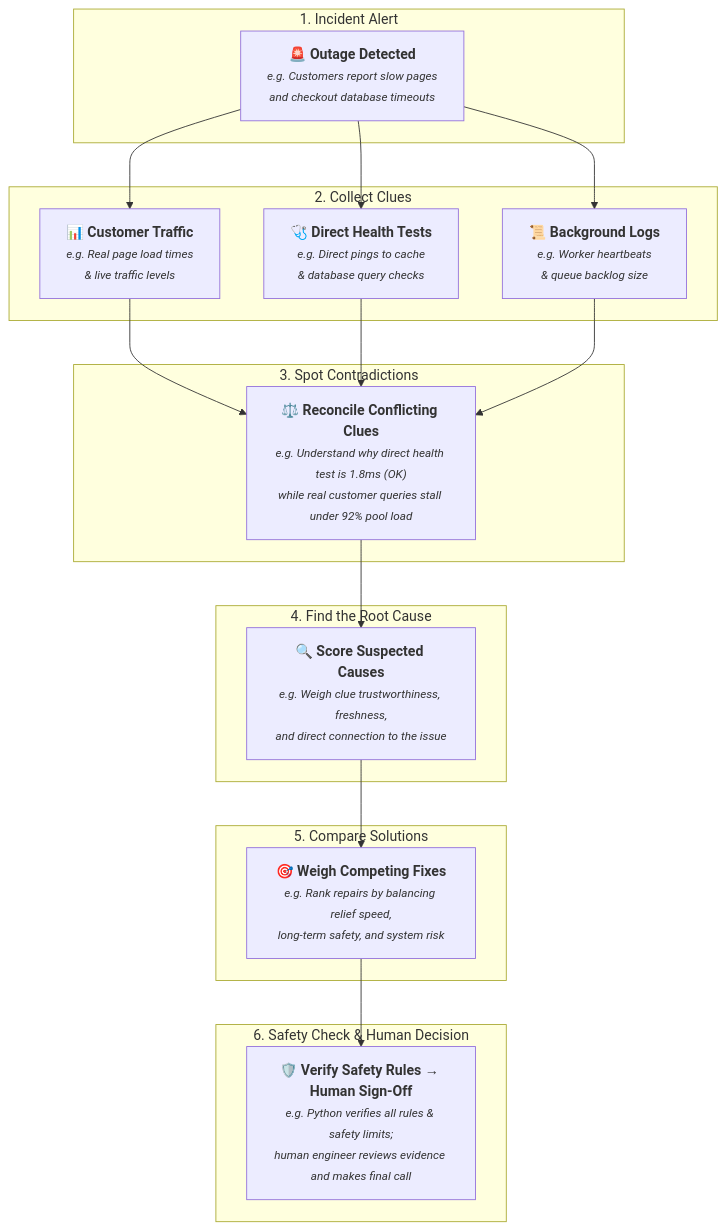
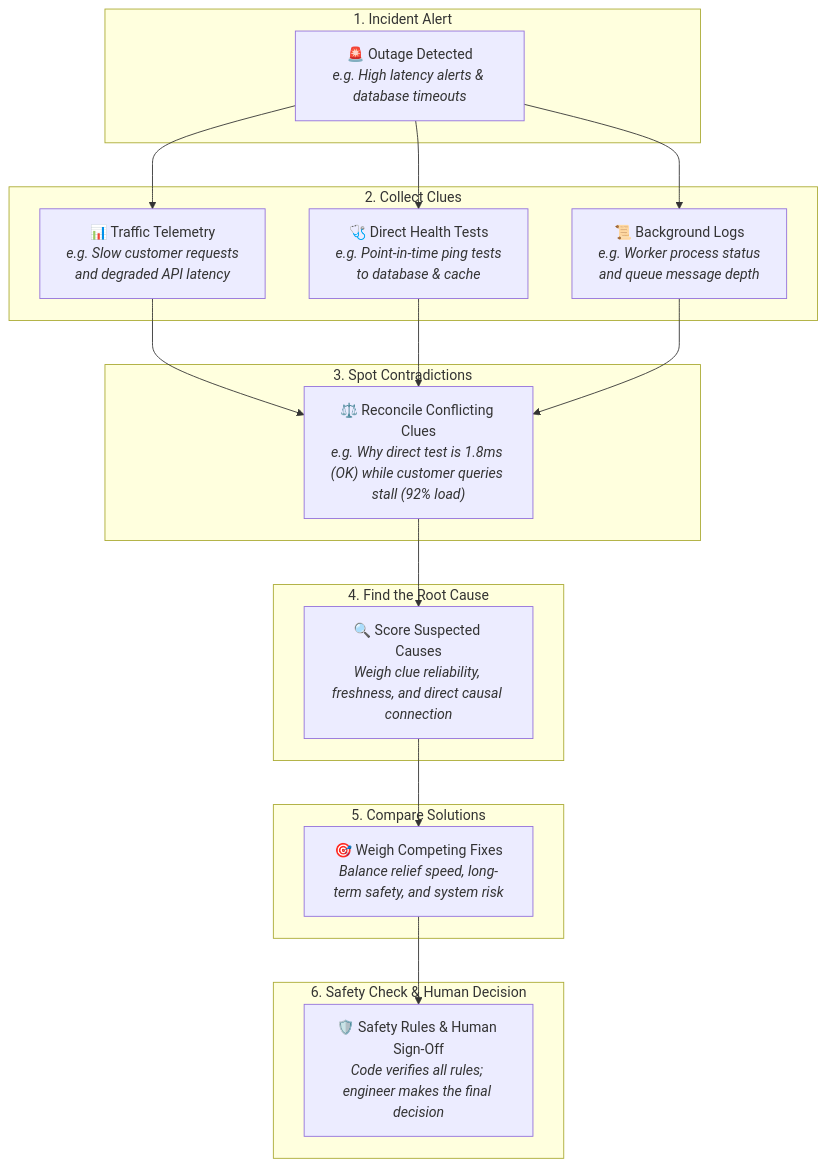
The second of 3 diagrams in README.md (AnasBabari/LEC_AI), drawn with Mermaid before and after one commit. The commit also changed other lines of this file, not shown here.

First line of the commit message:
docs(readme): fix Mermaid text cutoffs and refine e.g. placement

````diff
--- a/README.md
+++ b/README.md
@@ -137,40 +137,40 @@
 ```mermaid
 flowchart TD
     subgraph S1["1. Incident Alert"]
-        Alert["<b>🚨 Outage Detected</b><br/><small><i>e.g. Customers report slow pages<br/>and checkout database timeouts</i></small>"]
+        Alert["🚨 Outage Detected<br/><i>e.g. High latency alerts & database timeouts</i>"]
     end
 
     subgraph S2["2. Collect Clues"]
-        Telemetry["<b>📊 Customer Traffic</b><br/><small><i>e.g. Real page load times<br/>& live traffic levels</i></small>"]
-        Probes["<b>🩺 Direct Health Tests</b><br/><small><i>e.g. Direct pings to cache<br/>& database query checks</i></small>"]
-        Logs["<b>📜 Background Logs</b><br/><small><i>e.g. Worker heartbeats<br/>& queue backlog size</i></small>"]
+        Telemetry["📊 Traffic Telemetry<br/><i>e.g. Slow customer requests<br/>and degraded API latency</i>"]
+        Probes["🩺 Direct Health Tests<br/><i>e.g. Point-in-time ping tests<br/>to database & cache</i>"]
+        Logs["📜 Background Logs<br/><i>e.g. Worker process status<br/>and queue message depth</i>"]
     end
 
     subgraph S3["3. Spot Contradictions"]
-        Tension["<b>⚖️ Reconcile Conflicting Clues</b><br/><small><i>e.g. Understand why direct health test is 1.8ms (OK)<br/>while real customer queries stall under 92% pool load</i></small>"]
+        Tension["⚖️ Reconcile Conflicting Clues<br/><i>e.g. Why direct test is 1.8ms (OK) while customer queries stall (92% load)</i>"]
     end
 
     subgraph S4["4. Find the Root Cause"]
-        Causes["<b>🔍 Score Suspected Causes</b><br/><small><i>e.g. Weigh clue trustworthiness, freshness,<br/>and direct connection to the issue</i></small>"]
+        Causes["🔍 Score Suspected Causes<br/><i>Weigh clue reliability, freshness, and direct causal connection</i>"]
     end
 
     subgraph S5["5. Compare Solutions"]
-        Repairs["<b>🎯 Weigh Competing Fixes</b><br/><small><i>e.g. Rank repairs by balancing relief speed,<br/>long-term safety, and system risk</i></small>"]
+        Repairs["🎯 Weigh Competing Fixes<br/><i>Balance relief speed, long-term safety, and system risk</i>"]
     end
 
     subgraph S6["6. Safety Check & Human Decision"]
-        Approval["<b>🛡️ Verify Safety Rules → Human Sign-Off</b><br/><small><i>e.g. Python verifies all rules & safety limits;<br/>human engineer reviews evidence and makes final call</i></small>"]
+        Approval["🛡️ Safety Rules & Human Sign-Off<br/><i>Code verifies all rules; engineer makes the final decision</i>"]
     end
 
     Alert --> Telemetry
     Alert --> Probes
     Alert --> Logs
 
     Telemetry --> Tension
     Probes --> Tension
     Logs --> Tension
 
     Tension --> Causes
     Causes --> Repairs
     Repairs --> Approval
 ```
````
